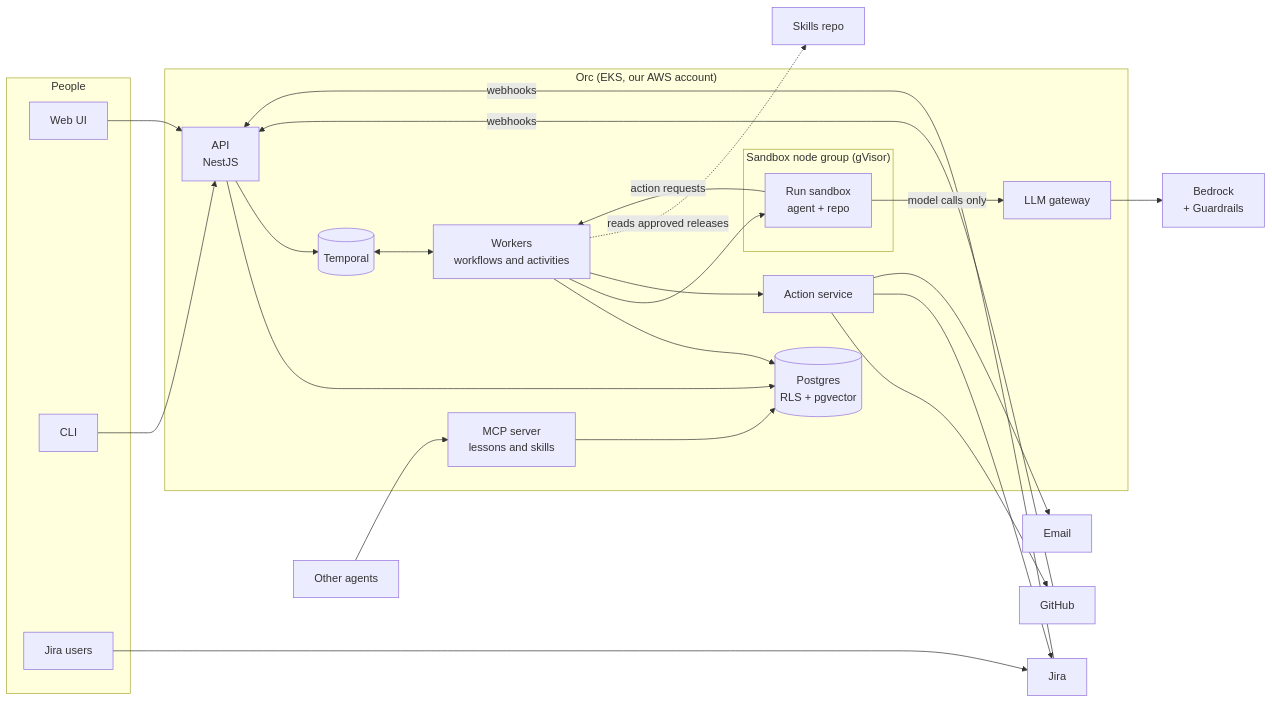
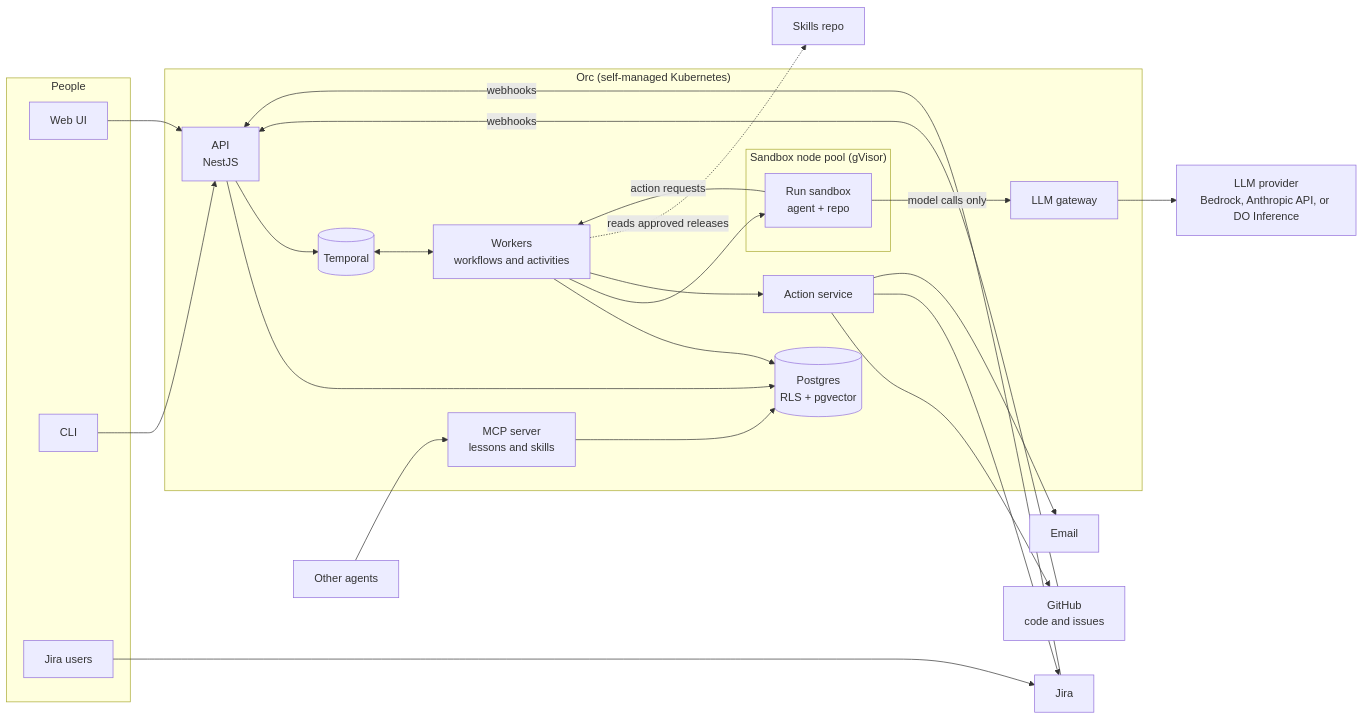
Before and after one commit to joshevensen/orc: the first of 4 diagrams in docs/architecture.md, drawn with Mermaid. The commit also changed other lines of this file and 20 other files, not shown here.

First line of the commit message:
Make hosting, sandbox, LLM provider and issue tracker vendor-neutral (#3)

````diff
--- a/docs/architecture.md
+++ b/docs/architecture.md
@@ -15,49 +15,49 @@
 ```mermaid
 flowchart LR
   subgraph People
     WEB[Web UI]
     CLI[CLI]
     JIRAU[Jira users]
   end
 
-  subgraph Orc["Orc (EKS, our AWS account)"]
+  subgraph Orc["Orc (self-managed Kubernetes)"]
     API[API<br/>NestJS]
     MCP[MCP server<br/>lessons and skills]
     TEMP[(Temporal)]
     WRK[Workers<br/>workflows and activities]
     ACT[Action service]
     GW[LLM gateway]
     DB[(Postgres<br/>RLS + pgvector)]
-    subgraph SB["Sandbox node group (gVisor)"]
+    subgraph SB["Sandbox node pool (gVisor)"]
       S1[Run sandbox<br/>agent + repo]
     end
   end
 
   JIRA[Jira]
-  GH[GitHub]
-  BR[Bedrock<br/>+ Guardrails]
+  GH[GitHub<br/>code and issues]
+  LLM[LLM provider<br/>Bedrock, Anthropic API, or DO Inference]
   MAIL[Email]
   SK[Skills repo]
   EXT[Other agents]
 
   WEB --> API
   CLI --> API
   JIRAU --> JIRA
   JIRA -- webhooks --> API
   GH -- webhooks --> API
   API --> DB
   API --> TEMP
   TEMP <--> WRK
   WRK --> DB
   WRK --> S1
   S1 -- model calls only --> GW
-  GW --> BR
+  GW --> LLM
   S1 -- action requests --> WRK
   WRK --> ACT
   ACT --> GH
   ACT --> JIRA
   ACT --> MAIL
   WRK -. reads approved releases .-> SK
   EXT --> MCP
   MCP --> DB
 ```
````
